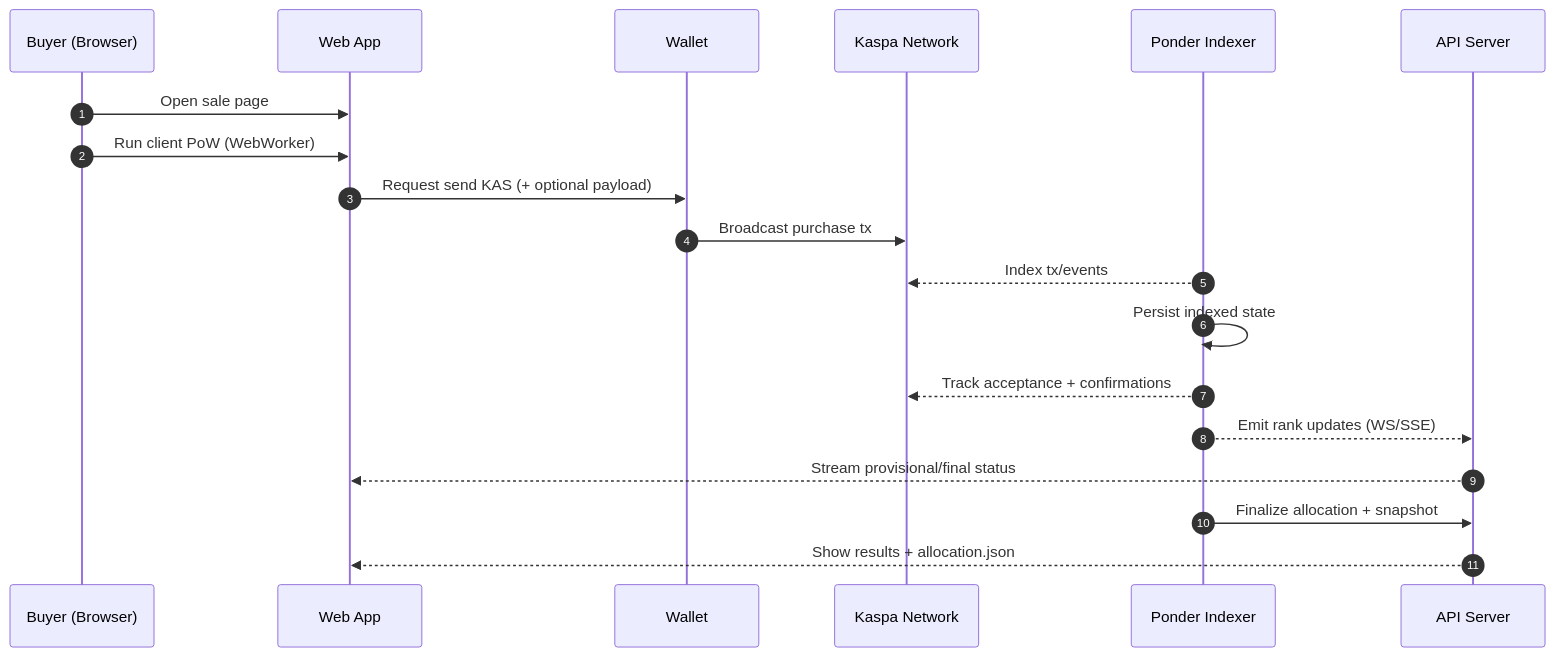
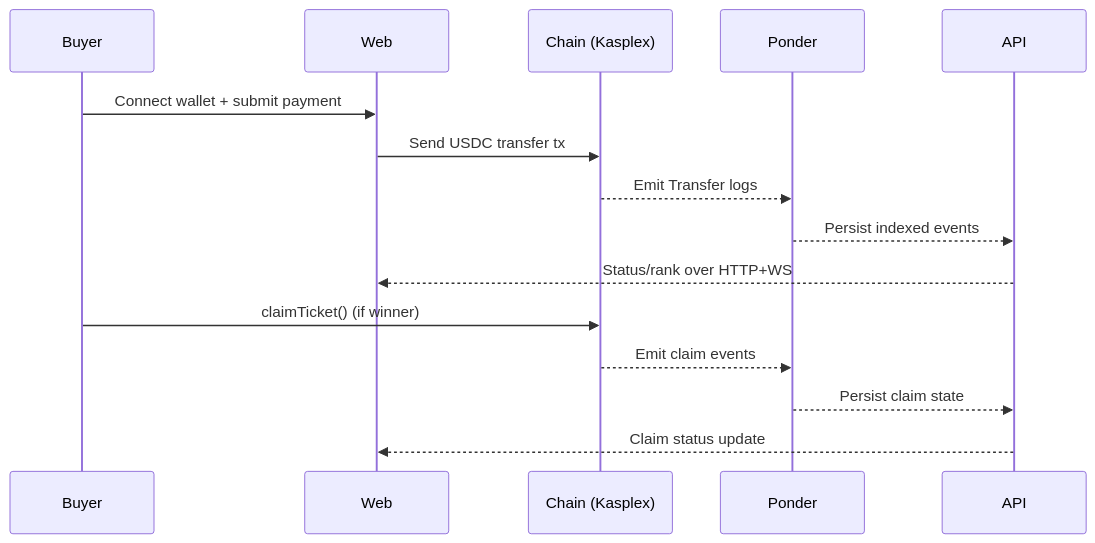
One commit to StudioLIQ/tickasting changed the diagram in PROJECT.md. Above: the diagram before and after it, drawn with Mermaid. The commit also changed other lines of this file, not shown here.

````diff
--- a/PROJECT.md
+++ b/PROJECT.md
@@ -122,22 +101,18 @@
 ```mermaid
 sequenceDiagram
-  autonumber
-  participant Buyer as Buyer (Browser)
-  participant Web as Web App
-  participant Wallet as Wallet
-  participant Chain as Kaspa Network
-  participant Indexer as Ponder Indexer
-  participant API as API Server
+  participant B as Buyer
+  participant W as Web
+  participant C as Chain (Kasplex)
+  participant P as Ponder
+  participant A as API
 
-  Buyer->>Web: Open sale page
-  Buyer->>Web: Run client PoW (WebWorker)
-  Web->>Wallet: Request send KAS (+ optional payload)
-  Wallet->>Chain: Broadcast purchase tx
-  Indexer-->>Chain: Index tx/events
-  Indexer->>Indexer: Persist indexed state
-  Indexer-->>Chain: Track acceptance + confirmations
-  Indexer-->>API: Emit rank updates (WS/SSE)
-  API-->>Web: Stream provisional/final status
-  Indexer->>API: Finalize allocation + snapshot
-  API-->>Web: Show results + allocation.json
+  B->>W: Connect wallet + submit payment
+  W->>C: Send USDC transfer tx
+  C-->>P: Emit Transfer logs
+  P-->>A: Persist indexed events
+  A-->>W: Status/rank over HTTP+WS
+  B->>C: claimTicket() (if winner)
+  C-->>P: Emit claim events
+  P-->>A: Persist claim state
+  A-->>W: Claim status update
 ```
````
